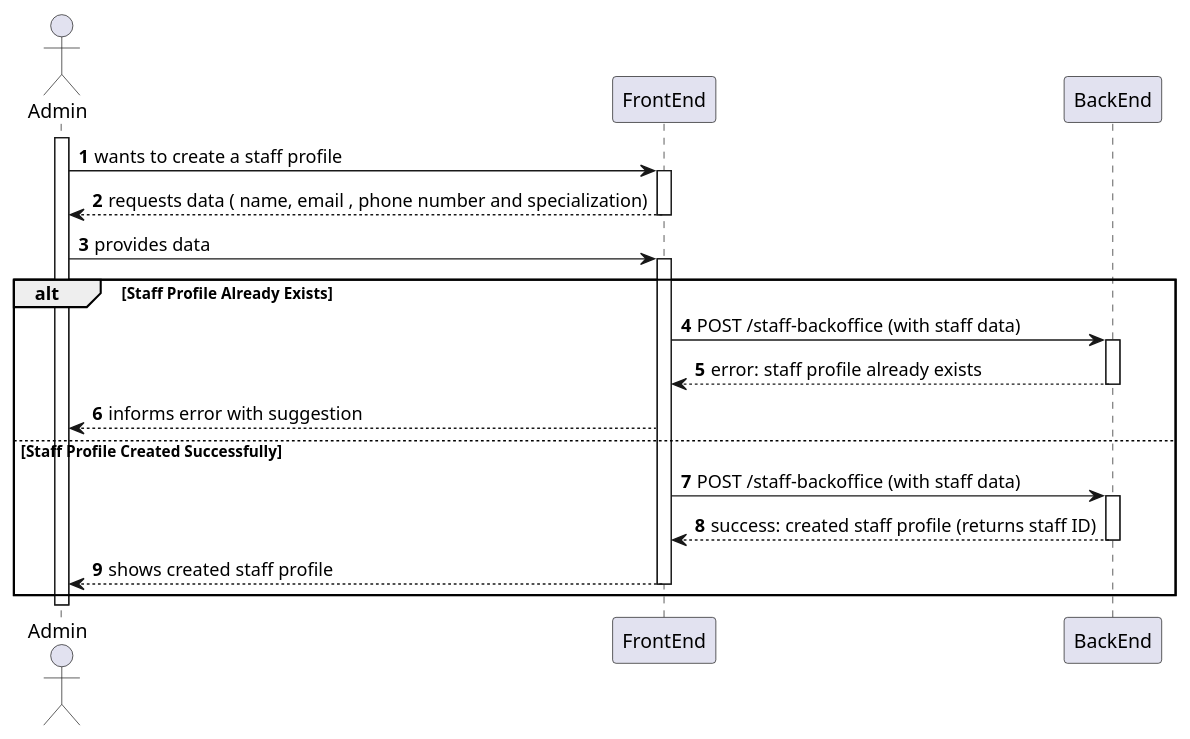
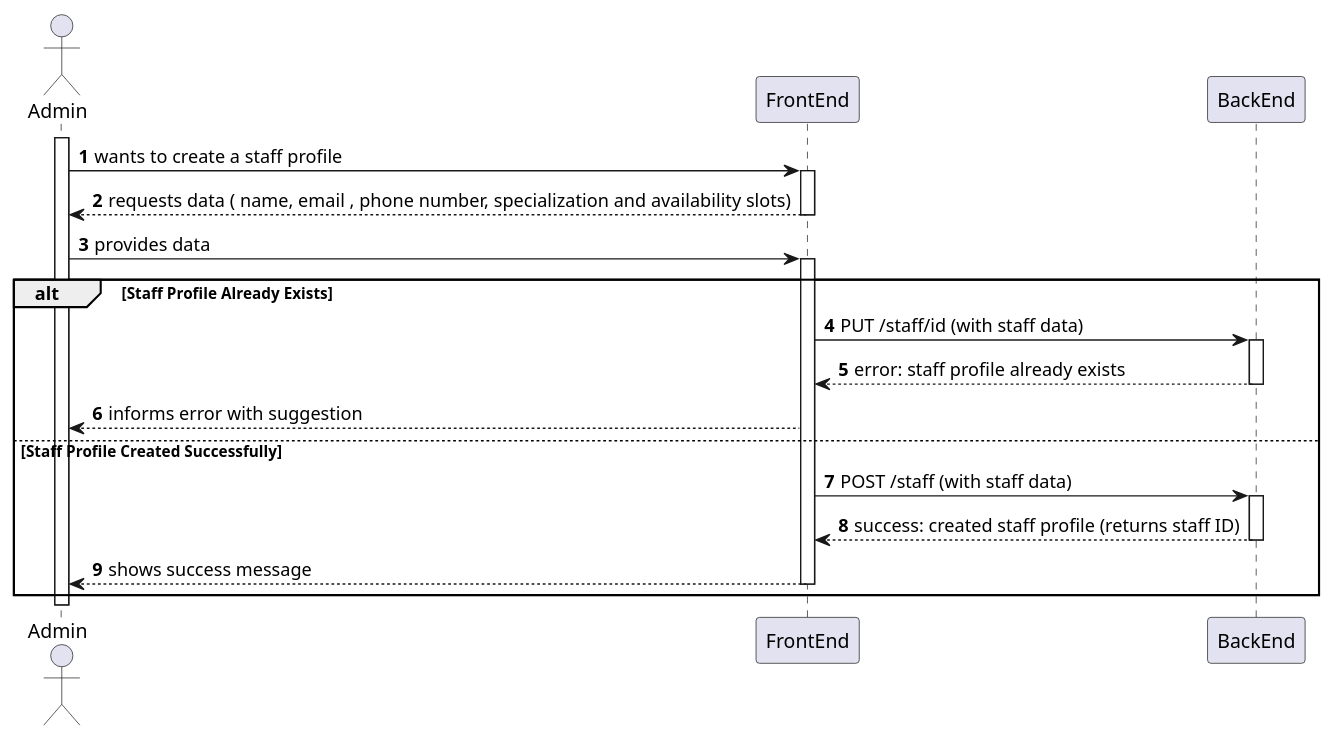
The diagram in docs/SprintA/20-create-a-new-staff-profile/level2/process-view.puml (MiguelCardoso77/SurgicalSync-BackEnd), drawn with PlantUML before and after one commit. The commit also changed 3 other files, not shown here.

```diff
--- a/docs/SprintA/20-create-a-new-staff-profile/level2/process-view.puml
+++ b/docs/SprintA/20-create-a-new-staff-profile/level2/process-view.puml
@@ -1,43 +1,43 @@
 @startuml
 autonumber
 
 actor "Admin" as USER
 
 participant "FrontEnd" as FE
 participant "BackEnd" as BE
 
 activate USER
 
     USER -> FE : wants to create a staff profile
     activate FE
     
-        FE --> USER : requests data ( name, email , phone number and specialization)
+        FE --> USER : requests data ( name, email , phone number, specialization and availability slots)
     deactivate FE
 
     USER -> FE : provides data
     activate FE
     
             alt Staff Profile Already Exists
                
-                FE -> BE : POST /staff-backoffice (with staff data)
+                FE -> BE : PUT /staff/id (with staff data)
                 activate BE
                 
                     BE --> FE : error: staff profile already exists
                 deactivate BE
                 
                 FE --> USER : informs error with suggestion
             else Staff Profile Created Successfully
             
-                FE -> BE : POST /staff-backoffice (with staff data)
+                FE -> BE : POST /staff (with staff data)
                 activate BE
                 
                     BE --> FE : success: created staff profile (returns staff ID)
                 deactivate BE
                         
-        FE --> USER : shows created staff profile
+        FE --> USER : shows success message
     deactivate FE
     end
             
 deactivate USER
 
 @enduml
```
